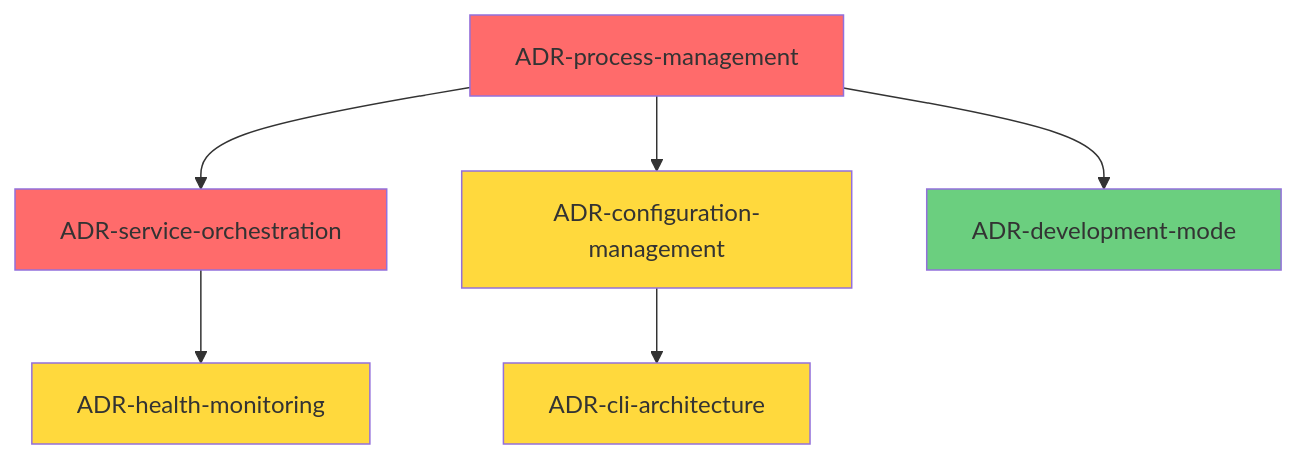
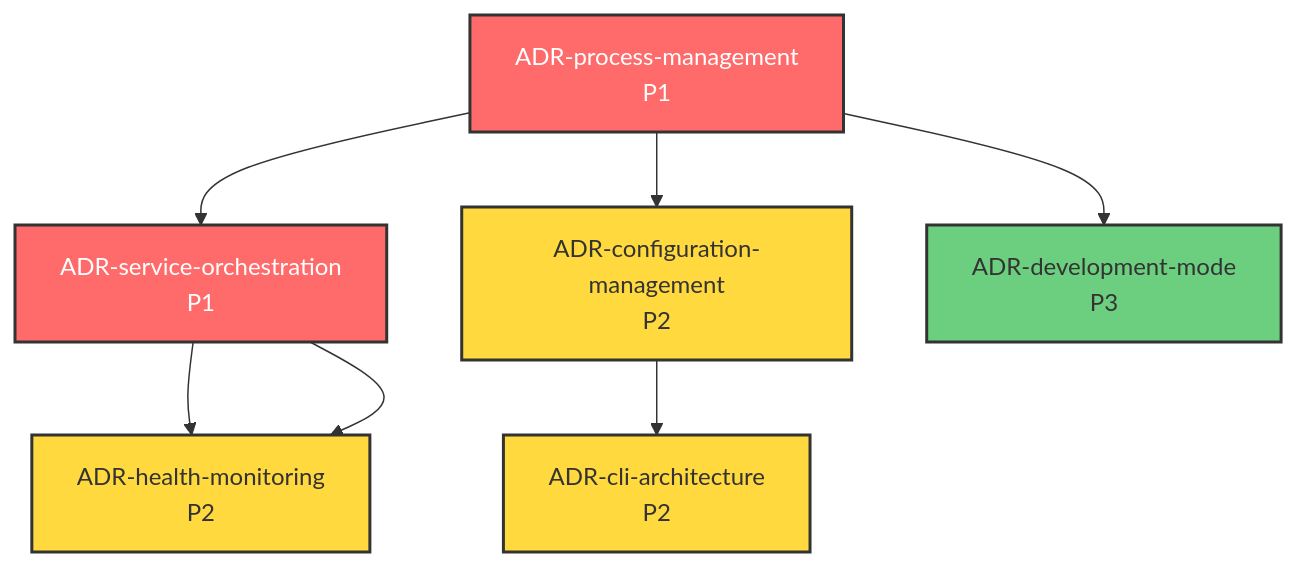
One commit to zhiyue/infinite-scribe changed the diagram in .tasks/unified-backend-launcher/requirements.md. Above: the diagram before and after it, drawn with Mermaid. The commit also changed other lines of this file, not shown here.

````diff
--- a/.tasks/unified-backend-launcher/requirements.md
+++ b/.tasks/unified-backend-launcher/requirements.md
@@ -205,16 +219,17 @@
 ```mermaid
 graph TD
-    A[ADR-process-management] --> B[ADR-service-orchestration]
-    A --> C[ADR-configuration-management]
-    B --> D[ADR-health-monitoring]
-    C --> E[ADR-cli-architecture]
-    A --> F[ADR-development-mode]
+    A[ADR-process-management<br/>P1] --> B[ADR-service-orchestration<br/>P1]
+    A --> C[ADR-configuration-management<br/>P2]
+    B --> D[ADR-health-monitoring<br/>P2]
+    C --> E[ADR-cli-architecture<br/>P2]
+    A --> F[ADR-development-mode<br/>P3]
+    B --> D
     
-    classDef p1 fill:#ff6b6b
-    classDef p2 fill:#ffd93d  
-    classDef p3 fill:#6bcf7f
+    classDef p1 fill:#ff6b6b,stroke:#333,stroke-width:2px,color:#fff
+    classDef p2 fill:#ffd93d,stroke:#333,stroke-width:2px,color:#333
+    classDef p3 fill:#6bcf7f,stroke:#333,stroke-width:2px,color:#333
     
     class A,B p1
     class C,D,E p2
     class F p3
 ```
````
